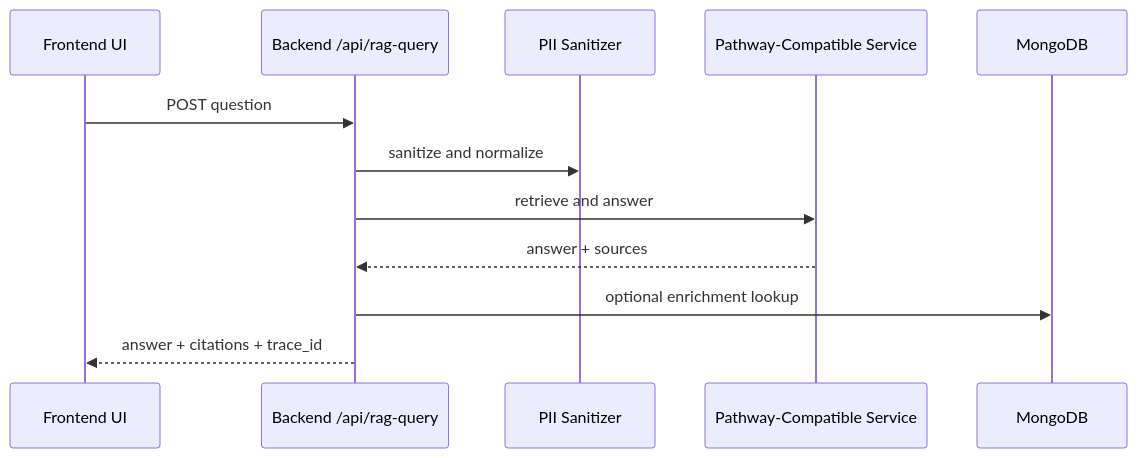
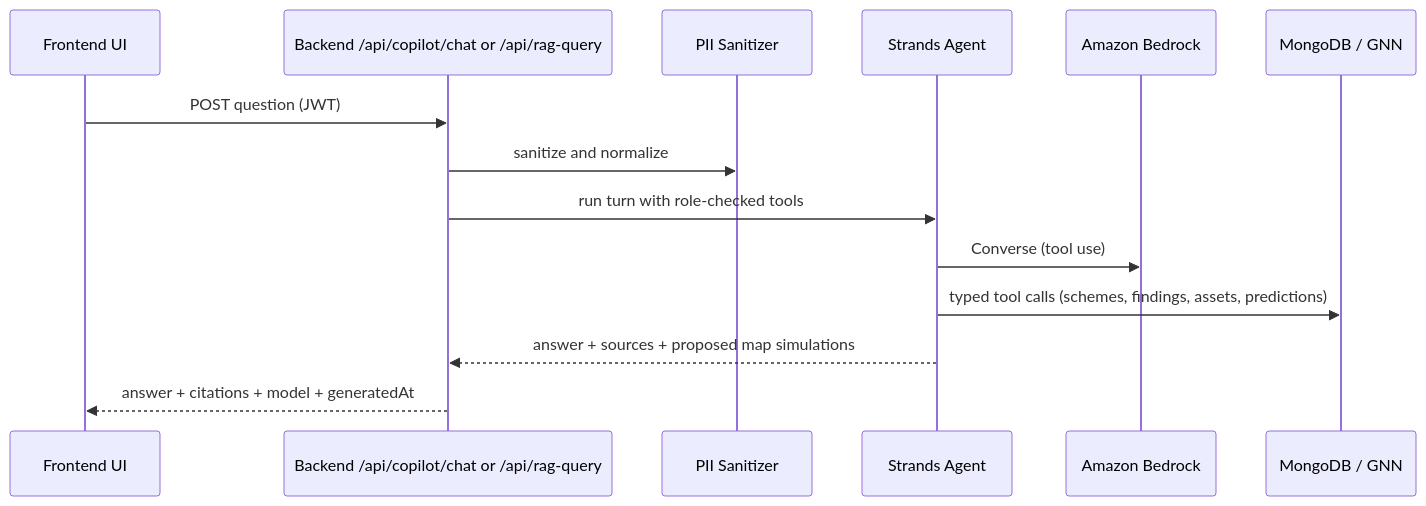
The third of 4 diagrams in README.md (Abhishekmishra2808/RuraLens), drawn with Mermaid before and after one commit. The commit also changed other lines of this file and 63 other files, not shown here.

First line of the commit message:
Migrate Copilot and vendor report comparison to Amazon Bedrock; remove Pathway

````diff
--- a/README.md
+++ b/README.md
@@ -116,15 +119,17 @@
 ```mermaid
 sequenceDiagram
                 participant UI as Frontend UI
-                participant API as Backend /api/rag-query
+                participant API as Backend /api/copilot/chat or /api/rag-query
                 participant SAN as PII Sanitizer
-                participant RAG as Pathway-Compatible Service
-                participant DB as MongoDB
+                participant AG as Strands Agent
+                participant BR as Amazon Bedrock
+                participant DB as MongoDB / GNN
 
-                UI->>API: POST question
+                UI->>API: POST question (JWT)
                 API->>SAN: sanitize and normalize
-                API->>RAG: retrieve and answer
-                RAG-->>API: answer + sources
-                API->>DB: optional enrichment lookup
-                API-->>UI: answer + citations + trace_id
+                API->>AG: run turn with role-checked tools
+                AG->>BR: Converse (tool use)
+                AG->>DB: typed tool calls (schemes, findings, assets, predictions)
+                AG-->>API: answer + sources + proposed map simulations
+                API-->>UI: answer + citations + model + generatedAt
 ```
````
